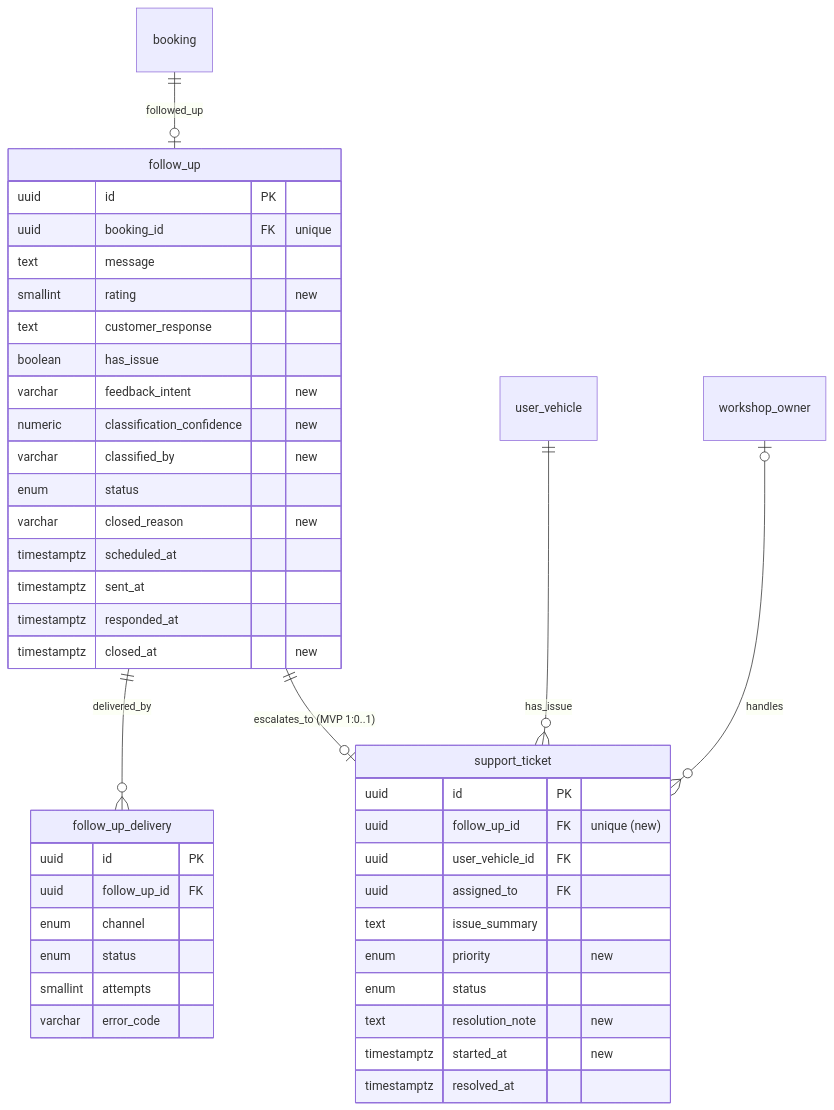
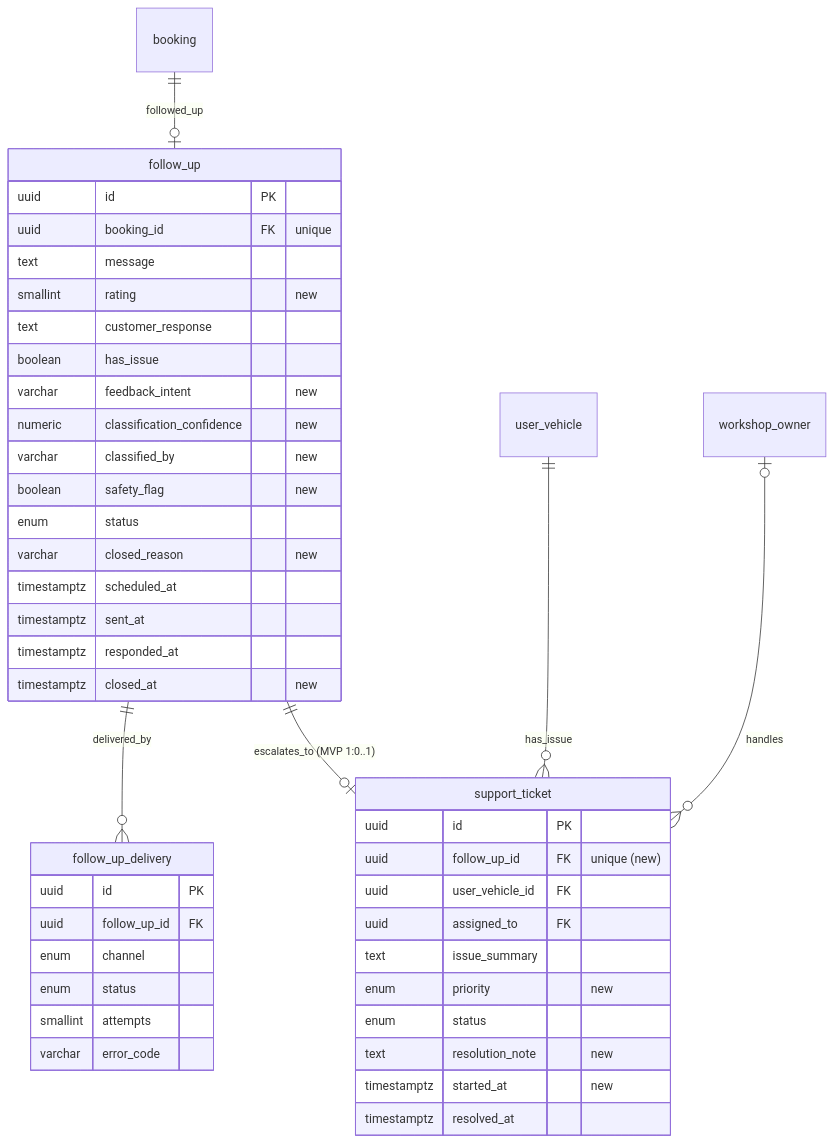
Before and after one commit to tungld9999blacksmith/mvp-40-days-deployments-team-146: the first of 3 diagrams in docs/specs/sprint-4/entity/us-041-sprint-4-spec.entity.md, drawn with Mermaid. The commit also changed other lines of this file and 1118 other files, not shown here.

````diff
--- a/docs/specs/sprint-4/entity/us-041-sprint-4-spec.entity.md
+++ b/docs/specs/sprint-4/entity/us-041-sprint-4-spec.entity.md
@@ -52,46 +52,47 @@
 ```mermaid
 erDiagram
     booking         ||--o| follow_up          : "followed_up"
     follow_up       ||--o{ follow_up_delivery : "delivered_by"
     follow_up       ||--o| support_ticket     : "escalates_to (MVP 1:0..1)"
     user_vehicle    ||--o{ support_ticket     : "has_issue"
     workshop_owner  |o--o{ support_ticket     : "handles"
 
     follow_up {
         uuid        id PK
         uuid        booking_id FK "unique"
         text        message
         smallint    rating "new"
         text        customer_response
         boolean     has_issue
         varchar     feedback_intent "new"
         numeric     classification_confidence "new"
         varchar     classified_by "new"
+        boolean     safety_flag "new"
         enum        status
         varchar     closed_reason "new"
         timestamptz scheduled_at
         timestamptz sent_at
         timestamptz responded_at
         timestamptz closed_at "new"
     }
     support_ticket {
         uuid        id PK
         uuid        follow_up_id FK "unique (new)"
         uuid        user_vehicle_id FK
         uuid        assigned_to FK
         text        issue_summary
         enum        priority "new"
         enum        status
         text        resolution_note "new"
         timestamptz started_at "new"
         timestamptz resolved_at
     }
     follow_up_delivery {
         uuid        id PK
         uuid        follow_up_id FK
         enum        channel
         enum        status
         smallint    attempts
         varchar     error_code
     }
 ```
````
